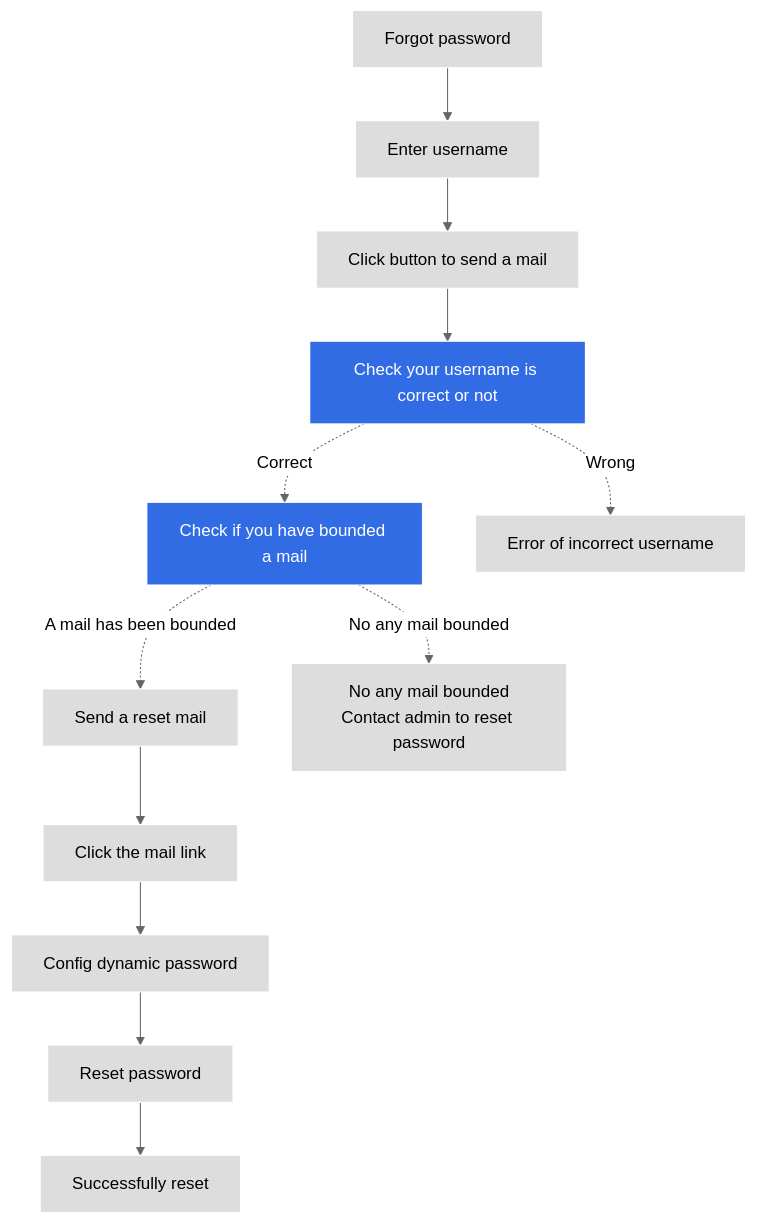
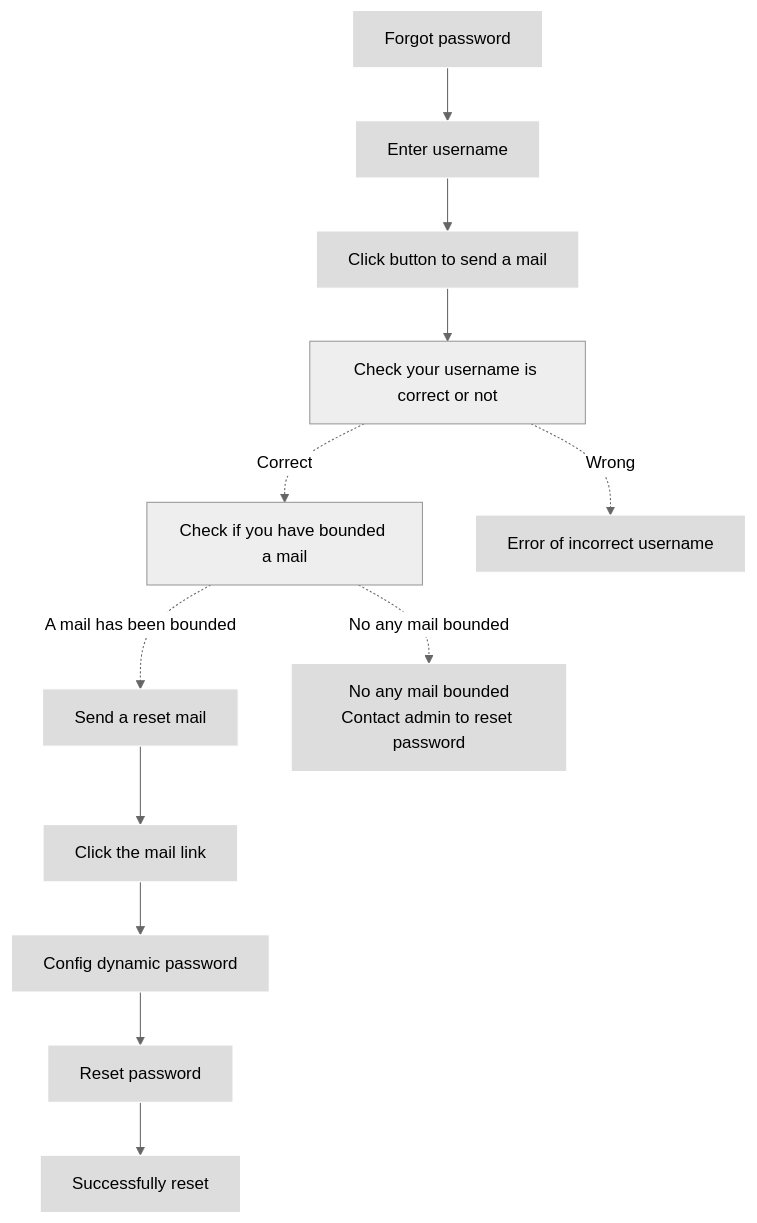
One commit to DaoCloud/DaoCloud-docs changed the diagram in docs/en/docs/ghippo/user-guide/password.md. Above: the diagram before and after it, drawn with Mermaid (neutral theme). The commit also changed 24 other files, not shown here.

````diff
--- a/docs/en/docs/ghippo/user-guide/password.md
+++ b/docs/en/docs/ghippo/user-guide/password.md
@@ -44,22 +44,21 @@
 ```mermaid
 graph TB
 
 pass[Forgot password] --> usern[Enter username]
 --> button[Click button to send a mail] --> judge1[Check your username is correct or not]
 
     judge1 -.Correct.-> judge2[Check if you have bounded a mail]
     judge1 -.Wrong.-> tip1[Error of incorrect username]
     
         judge2 -.A mail has been bounded.-> send[Send a reset mail]
         judge2 -.No any mail bounded.-> tip2[No any mail bounded<br>Contact admin to reset password]
         
 send --> click[Click the mail link] --> config[Config dynamic password] --> reset[Reset password]
 --> success[Successfully reset]
 
 classDef plain fill:#ddd,stroke:#fff,stroke-width:1px,color:#000;
 classDef k8s fill:#326ce5,stroke:#fff,stroke-width:1px,color:#fff;
 classDef cluster fill:#fff,stroke:#bbb,stroke-width:1px,color:#326ce5;
 
 class pass,usern,button,tip1,send,tip2,send,click,config,reset,success plain;
-class judge1,judge2 k8s
 ```
````
